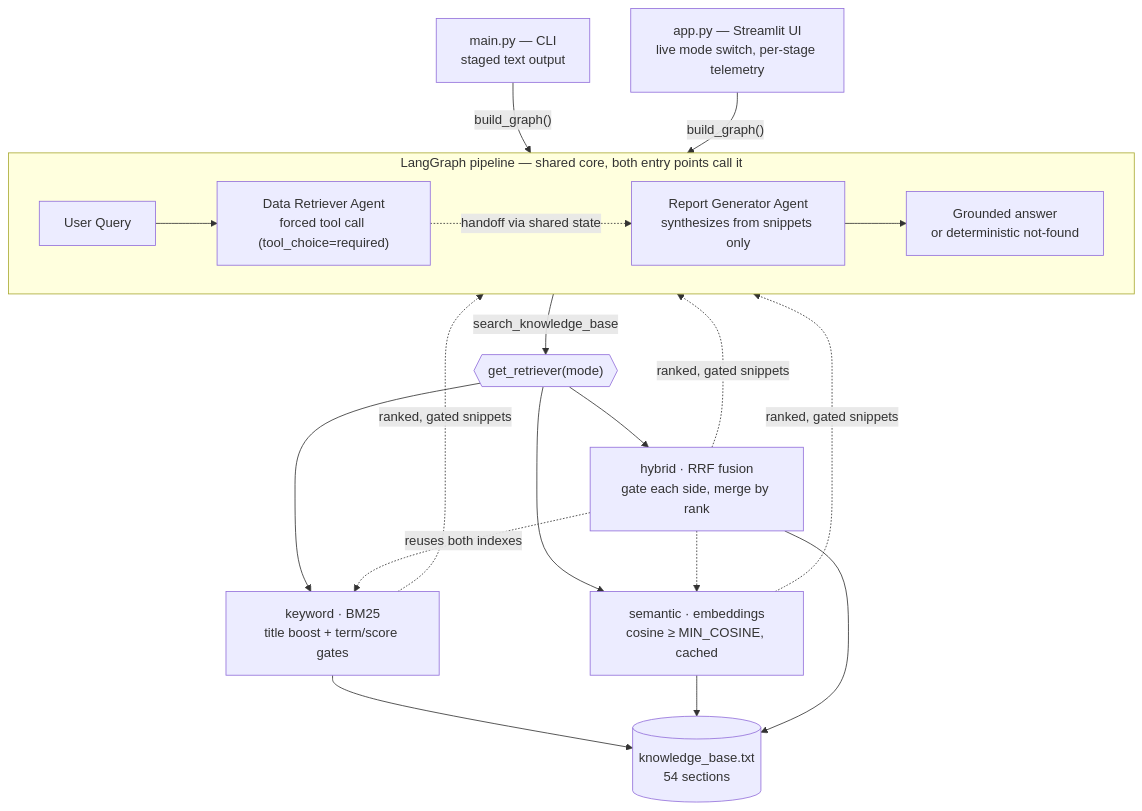
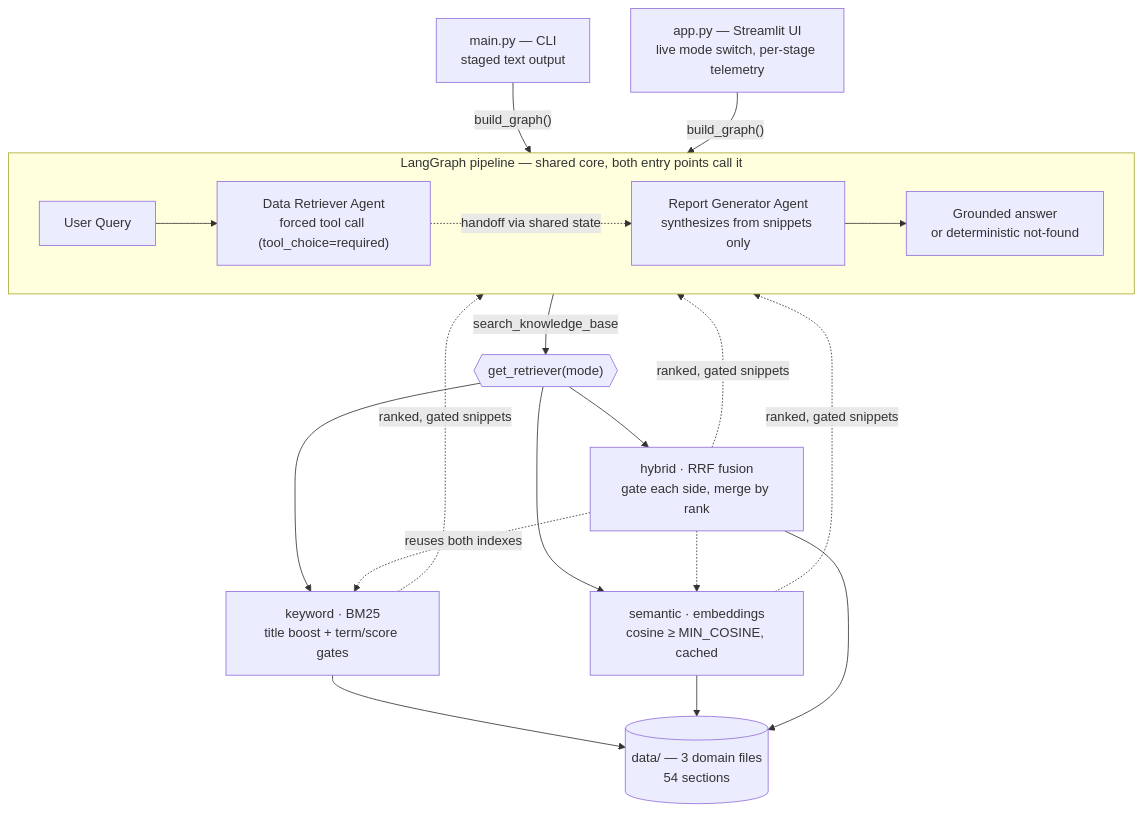
One commit to Sayomphon/Agentic-RAG-Assistant changed the diagram in README.md. Above: the diagram before and after it, drawn with Mermaid. The commit also changed other lines of this file and 10 other files, not shown here.

First line of the commit message:
feat: split knowledge base into per-domain files with multi-file ingestion

````diff
--- a/README.md
+++ b/README.md
@@ -13,22 +13,22 @@
 ```mermaid
 flowchart TB
     CLI["main.py — CLI<br/>staged text output"]
     UI["app.py — Streamlit UI<br/>live mode switch, per-stage telemetry"]
     CLI & UI -->|"build_graph()"| BG
 
     subgraph BG["LangGraph pipeline — shared core, both entry points call it"]
       direction LR
       Q[User Query] --> R["Data Retriever Agent<br/>forced tool call (tool_choice=required)"]
       R -. "handoff via shared state" .-> GEN["Report Generator Agent<br/>synthesizes from snippets only"]
       GEN --> OUT["Grounded answer<br/>or deterministic not-found"]
     end
 
     R -->|"search_knowledge_base"| F{{"get_retriever(mode)"}}
     F --> K["keyword · BM25<br/>title boost + term/score gates"]
     F --> S["semantic · embeddings<br/>cosine ≥ MIN_COSINE, cached"]
     F --> H["hybrid · RRF fusion<br/>gate each side, merge by rank"]
     H -. "reuses both indexes" .-> K
     H -.-> S
-    K & S & H --> KB[("knowledge_base.txt<br/>54 sections")]
+    K & S & H --> KB[("data/ — 3 domain files<br/>54 sections")]
     K & S & H -. "ranked, gated snippets" .-> R
 ```
````
